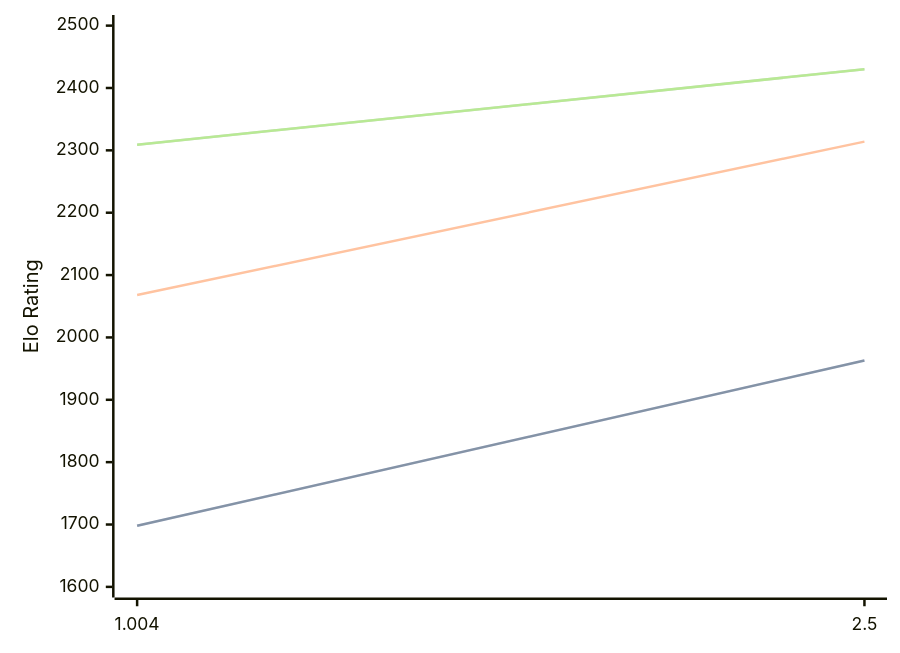
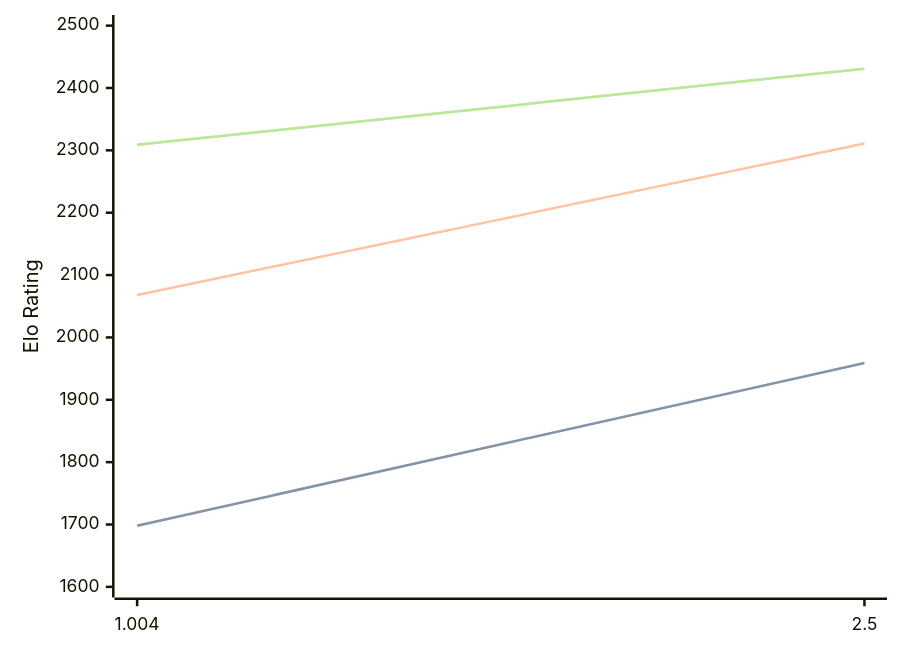
Before and after one commit to computer-chess-index/cci: the diagram in engines/Ares.md, drawn with Mermaid. The commit also changed other lines of this file, not shown here.

Commit message:
Update CCI Ratings (ELO VLTC) - 2026-06-10

````diff
--- a/engines/Ares.md
+++ b/engines/Ares.md
@@ -32,11 +32,11 @@
 ```mermaid
 %%{init: {"theme":"base","themeVariables":{"seriesColors:['#a3a3a3','#222221','#faa371']}}}%%
 xychart-beta
   x-axis ["1.004", "2.5"]
   y-axis "Elo Rating" 1600 --> 2500
-  line "STC (8.0+0.08s)" [1698, 1963]
-  line "STC (8.0+0.08s)" [1698, 1963]
-  line "LTC (60.0+0.60s)" [2068, 2314]
-  line "VLTC (2m24s+1.12s)" [2309, 2430]
-  line "VLTC (2m24s+1.12s)" [2309, 2430]
+  line "STC (8.0+0.08s)" [1698, 1959]
+  line "STC (8.0+0.08s)" [1698, 1959]
+  line "LTC (60.0+0.60s)" [2068, 2311]
+  line "VLTC (2m24s+1.12s)" [2309, 2431]
+  line "VLTC (2m24s+1.12s)" [2309, 2431]
 ```
````
